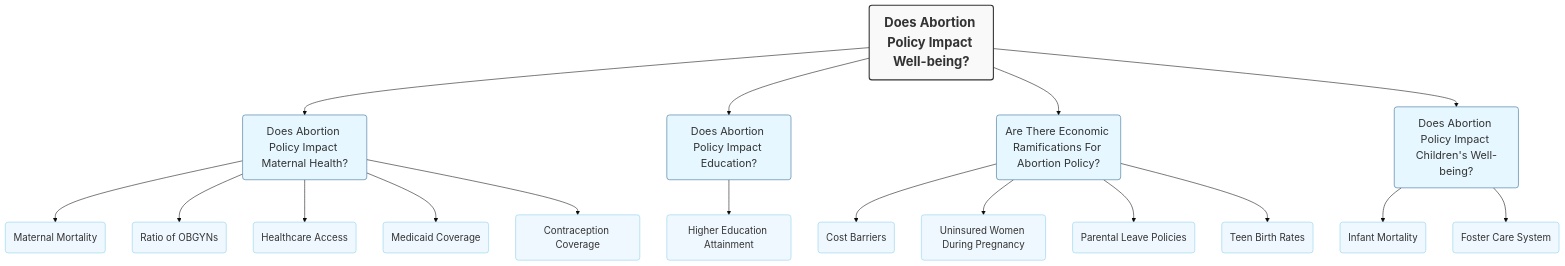
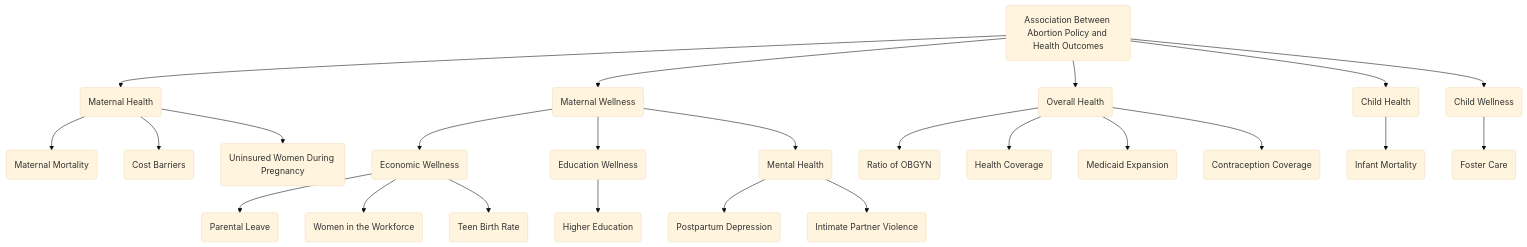
The diagram in website/index.qmd (data-vs-dogma/researchpaper), drawn with Mermaid (base theme) before and after one commit. The commit also changed 6 other files, not shown here.

````diff
--- a/website/index.qmd
+++ b/website/index.qmd
@@ -24,32 +24,38 @@
 ```{mermaid}
 
 flowchart TD
 
-  A(Does Abortion Policy Impact Well-being?):::main
+  A(Association Between Abortion Policy and Health Outcomes):::main
 
-  A --> B(Does Abortion Policy Impact Maternal Health?):::sub
-  B --> F(Maternal Mortality):::node
-  B --> G(Ratio of OBGYNs):::node
-  B --> H(Healthcare Access):::node
-  B --> I(Medicaid Coverage):::node
-  B --> J(Contraception Coverage):::node
+  A --> B(Maternal Health)
+  B --> X(Maternal Mortality)
+  B --> V(Cost Barriers)
+  B --> H(Uninsured Women During Pregnancy)
 
-  A --> C(Does Abortion Policy Impact Education?):::sub
-  C --> K(Higher Education Attainment):::node
+  A --> C(Maternal Wellness)
+  C --> G(Economic Wellness)
+  G --> W(Parental Leave)
+  G --> I(Women in the Workforce)
+  G --> J(Teen Birth Rate)
+  C --> K(Education Wellness)
+  K --> L(Higher Education)
+  C --> M(Mental Health)
+  M --> N(Postpartum Depression)
+  M --> O(Intimate Partner Violence)
+  
+  
+  A --> D(Overall Health)
+  D --> P(Ratio of OBGYN)
+  D --> Q(Health Coverage)
+  D --> R(Medicaid Expansion)
+  D --> S(Contraception Coverage)
 
-  A --> D(Are There Economic Ramifications For Abortion Policy?):::sub
-  D --> L(Cost Barriers):::node
-  D --> M(Uninsured Women During Pregnancy):::node
-  D --> N(Parental Leave Policies):::node
-  D --> O(Teen Birth Rates):::node
-
-  A --> E(Does Abortion Policy Impact Children's Well-being?):::sub
-  E --> P(Infant Mortality):::node
-  E --> Q(Foster Care System):::node
-
-  classDef main font-size:24px, font-weight:bold, fill:#f9f9f9, stroke:#333, stroke-width:2px;
-  classDef sub font-size:20px, fill:#e6f7ff, stroke:#2a6592, stroke-width:1px;
-  classDef node font-size:18px, fill:#f0f8ff, stroke:#87ceeb, stroke-width:1px;
+  A --> E(Child Health )
+  E --> T(Infant Mortality)
+  
+  A --> F(Child Wellness)
+  F --> U(Foster Care)
+  
 
 
 ```
````
